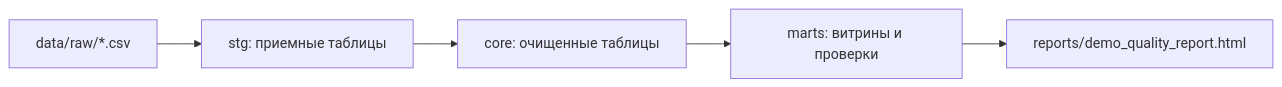
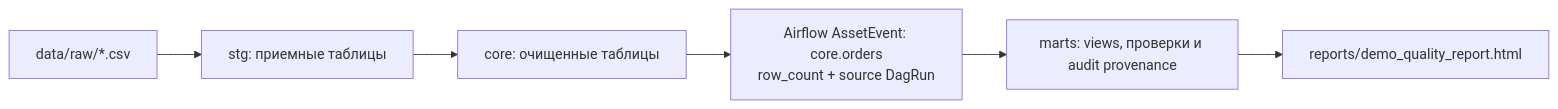
One commit to sergeishaikin/de_practicum_demo changed the diagram in docs/schema.md. Above: the diagram before and after it, drawn with Mermaid. The commit also changed other lines of this file and 15 other files, not shown here.

Commit message:
docs(02-01): document Asset-orchestrated batch flow

````diff
--- a/docs/schema.md
+++ b/docs/schema.md
@@ -7,7 +7,8 @@
 ```mermaid
 flowchart LR
   raw["data/raw/*.csv"] --> stg["stg: приемные таблицы"]
   stg --> core["core: очищенные таблицы"]
-  core --> marts["marts: витрины и проверки"]
+  core --> event["Airflow AssetEvent: core.orders<br/>row_count + source DagRun"]
+  event --> marts["marts: views, проверки и audit provenance"]
   marts --> report["reports/demo_quality_report.html"]
 ```
````
